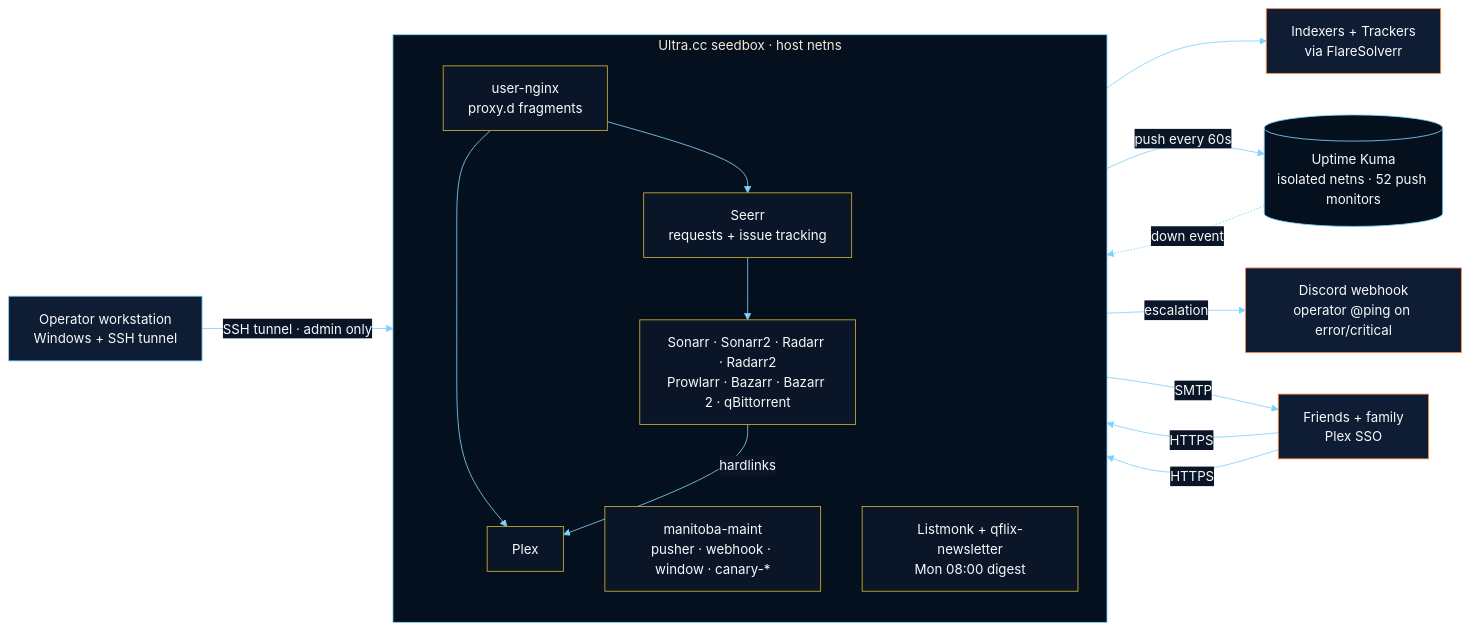
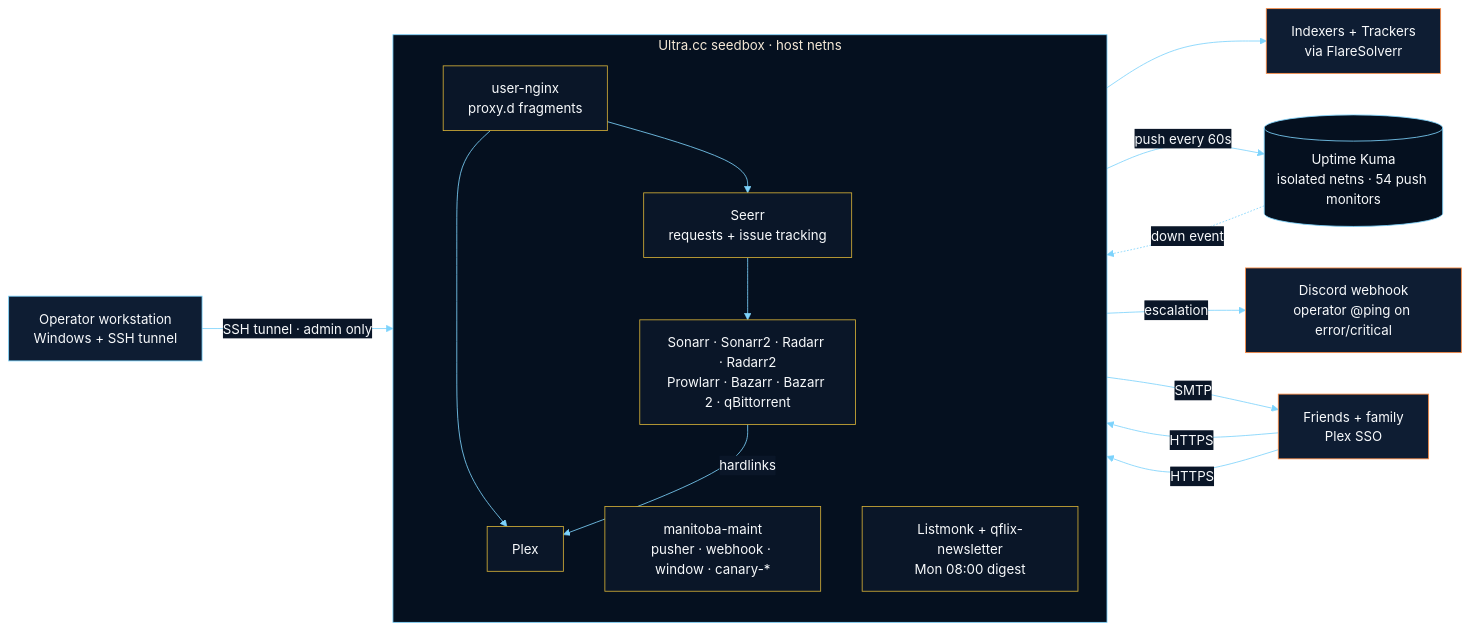
One commit to Quadstronaut/QFlix changed the first of 6 diagrams in README.md. Above: the diagram before and after it, drawn with Mermaid. The commit also changed other lines of this file and 3 other files, not shown here.

````diff
--- a/README.md
+++ b/README.md
@@ -76,35 +76,35 @@
 ```mermaid
 %%{init: {'theme':'base','themeVariables':{'primaryColor':'#0e1d33','primaryTextColor':'#f8fafc','primaryBorderColor':'#ff8c42','lineColor':'#7dd3fc','secondaryColor':'#05101f','tertiaryColor':'#0a1628','clusterBkg':'#05101f','clusterBorder':'#7dd3fc','edgeLabelBackground':'#0a1628','fontFamily':'Segoe UI, Roboto, sans-serif'}}}%%
 flowchart LR
   classDef ext fill:#0e1d33,stroke:#ff8c42,color:#f8fafc
   classDef user fill:#0e1d33,stroke:#7dd3fc,color:#f8fafc
   classDef seedbox fill:#0a1628,stroke:#d4af37,color:#f8fafc
   classDef kuma fill:#05101f,stroke:#7dd3fc,color:#f8fafc
 
   user[Operator workstation<br/>Windows + SSH tunnel]:::user
   friends[Friends + family<br/>Plex SSO]:::ext
   ext[Indexers + Trackers<br/>via FlareSolverr]:::ext
 
   subgraph SB[Ultra.cc seedbox · host netns]
     direction TB
     nginx[user-nginx<br/>proxy.d fragments]:::seedbox
     plex[Plex]:::seedbox
     arr[Sonarr · Sonarr2 · Radarr · Radarr2<br/>Prowlarr · Bazarr · Bazarr 2 · qBittorrent]:::seedbox
     requests[Seerr<br/>requests + issue tracking]:::seedbox
     maint[manitoba-maint<br/>pusher · webhook · window · canary-*]:::seedbox
     comms[Listmonk + qflix-newsletter<br/>Mon 08:00 digest]:::seedbox
   end
 
-  kuma[(Uptime Kuma<br/>isolated netns · 52 push monitors)]:::kuma
+  kuma[(Uptime Kuma<br/>isolated netns · 54 push monitors)]:::kuma
   discord[Discord webhook<br/>operator @ping on error/critical]:::ext
 
   friends -->|HTTPS| nginx --> plex
   friends -->|HTTPS| nginx --> requests
   requests --> arr --> ext
   arr -->|hardlinks| plex
   user -->|SSH tunnel · admin only| arr
   maint -->|push every 60s| kuma
   kuma -.->|down event| maint
   maint -->|escalation| discord
   comms -->|SMTP| friends
 ```
````
